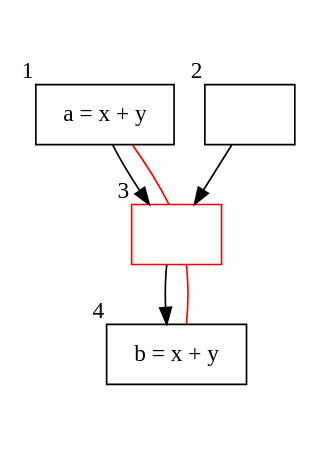
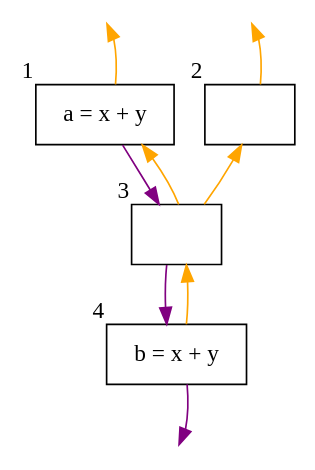
One commit to edwloef/partial-redundancy-elimination changed the diagram in example1_3.dot. Above: the diagram before and after it, drawn with Graphviz. The commit also changed 10 other files, not shown here.

```diff
--- a/example1_3.dot
+++ b/example1_3.dot
@@ -1,24 +1,31 @@
 digraph G {
     node [shape=box];
 
     pre1 [shape=point,style=invis];
     pre1 -> 1 [style=invis];
 
     pre2 [shape=point,style=invis];
     pre2 -> 2 [style=invis];
 
     post4 [shape=point,style=invis];
     4 -> post4 [style=invis];
 
     1 [label="a = x + y",xlabel="1"];
     2 [label="",xlabel="2"];
-    3 [label="",xlabel="3",color="red"];
+    3 [label="",xlabel="3"];
     4 [label="b = x + y",xlabel="4"];
 
-    1 -> 3 [color=black];
-    2 -> 3 [color=black];
-    3 -> 4 [color=black];
+    1 -> 3 [style=invis];
+    2 -> 3 [style=invis];
+    3 -> 4 [style=invis];
 
-    1 -> 3 [color=red,arrowhead=none,constraint=false];
-    3 -> 4 [color=red,arrowhead=none,constraint=false];
+    1 -> 3 [color=purple,constraint=false];
+    3 -> 4 [color=purple,constraint=false];
+    4 -> post4 [color=purple,constraint=false];
+
+    4 -> 3 [color=orange,constraint=false];
+    3 -> 1 [color=orange,constraint=false];
+    3 -> 2 [color=orange,constraint=false];
+    1 -> pre1 [color=orange,constraint=false];
+    2 -> pre2 [color=orange,constraint=false];
 }
```
